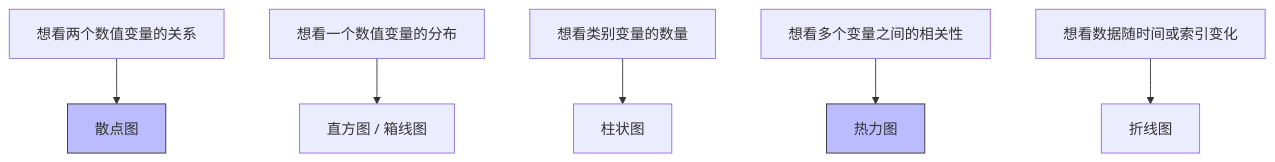
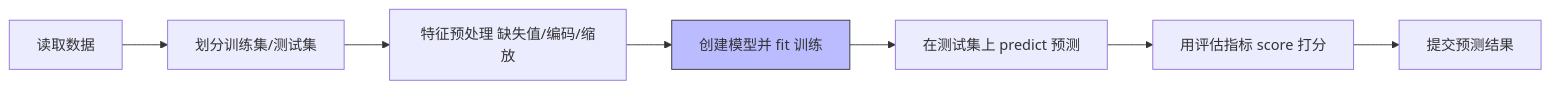
One commit to wizardforcel/baizhan-kaggle changed the diagram in docs/AppendixD/index.md. Above: the diagram before and after it, drawn with Mermaid. The commit also changed other lines of this file, not shown here.

````diff
--- a/docs/AppendixD/index.md
+++ b/docs/AppendixD/index.md
@@ -9,10 +9,10 @@
 ```mermaid
-flowchart TD
-    A[想看两个数值变量的关系] --> B[散点图]
-    C[想看一个数值变量的分布] --> D[直方图 / 箱线图]
-    E[想看类别变量的数量] --> F[柱状图]
-    G[想看多个变量之间的相关性] --> H[热力图]
-    I[想看数据随时间或索引变化] --> J[折线图]
-    style B fill:#bbf,stroke:#333
-    style H fill:#bbf,stroke:#333
+flowchart LR
+    A[读取数据] --> B[划分训练集/测试集]
+    B --> C[特征预处理 缺失值/编码/缩放]
+    C --> D[创建模型并 fit 训练]
+    D --> E[在测试集上 predict 预测]
+    E --> F[用评估指标 score 打分]
+    F --> G[提交预测结果]
+    style D fill:#bbf,stroke:#333
 ```
````
